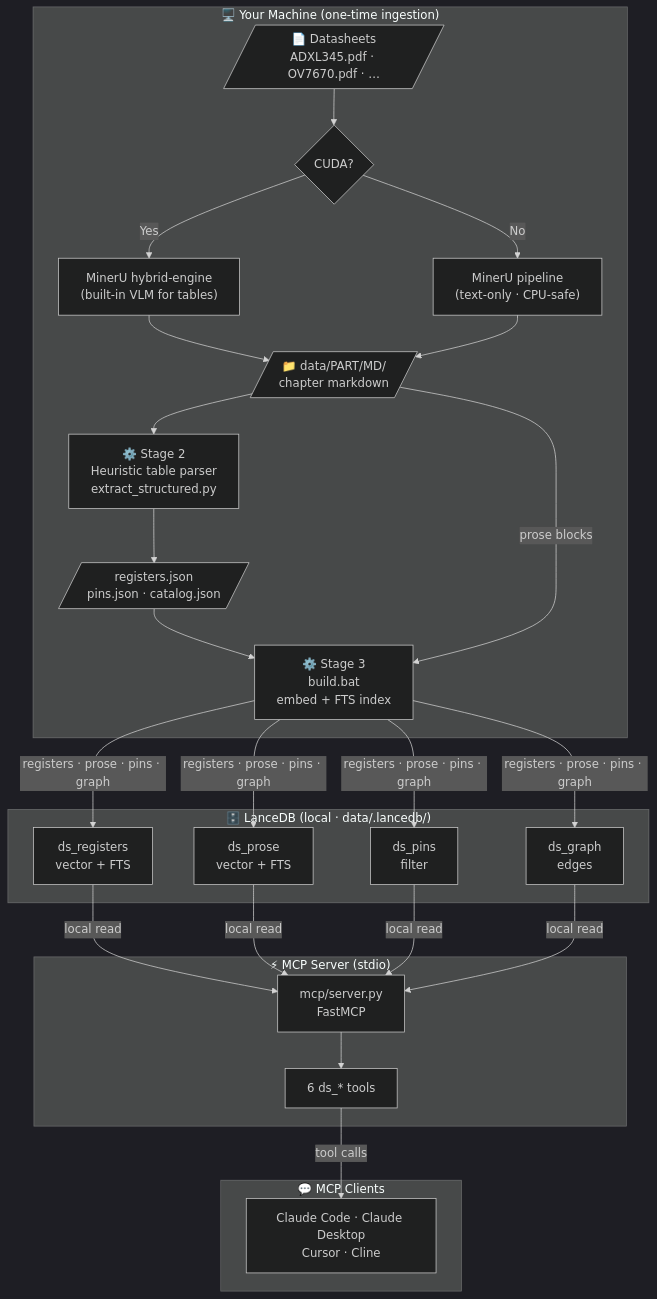
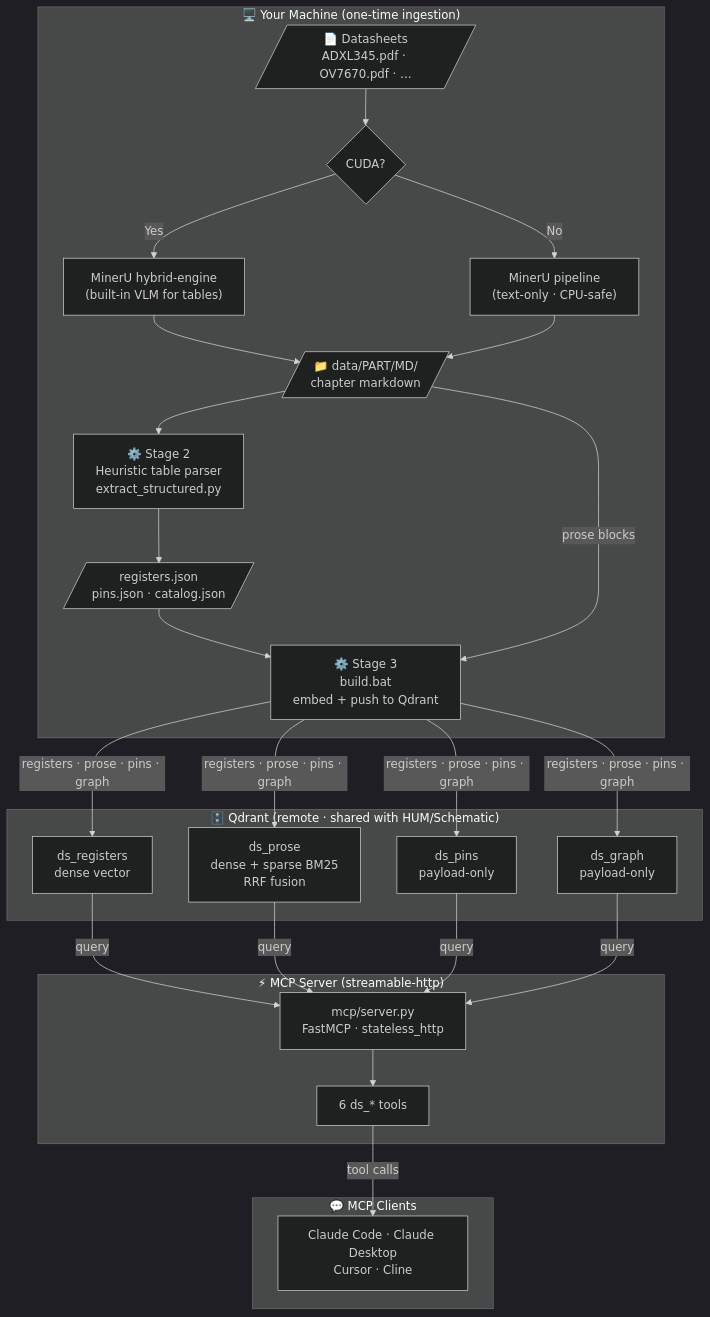
Before and after one commit to hungnguyen1503/datasheet-mcp: the first of 2 diagrams in README.md, drawn with Mermaid (dark theme). The commit also changed other lines of this file and 22 other files, not shown here.

First line of the commit message:
refactor: migrate from LanceDB to Qdrant, add streamable-http, cloudflared deployment

````diff
--- a/README.md
+++ b/README.md
@@ -38,38 +40,38 @@
 ```mermaid
 graph TB
     subgraph Build["🖥️ Your Machine  (one-time ingestion)"]
         PDF[/"📄 Datasheets<br/>ADXL345.pdf · OV7670.pdf · …"/]
         GPU{"CUDA?"}
         S1H["MinerU hybrid-engine<br/>(built-in VLM for tables)"]
         S1P["MinerU pipeline<br/>(text-only · CPU-safe)"]
         MD[/"📁 data/PART/MD/<br/>chapter markdown"/]
         S2["⚙️ Stage 2<br/>Heuristic table parser<br/>extract_structured.py"]
         JSON[/"registers.json<br/>pins.json · catalog.json"/]
-        S3["⚙️ Stage 3<br/>build.bat<br/>embed + FTS index"]
+        S3["⚙️ Stage 3<br/>build.bat<br/>embed + push to Qdrant"]
     end
 
-    subgraph DB["🗄️ LanceDB  (local · data/.lancedb/)"]
-        R["ds_registers<br/>vector + FTS"]
-        P["ds_prose<br/>vector + FTS"]
-        PI["ds_pins<br/>filter"]
-        G["ds_graph<br/>edges"]
+    subgraph DB["🗄️ Qdrant  (remote · shared with HUM/Schematic)"]
+        R["ds_registers<br/>dense vector"]
+        P["ds_prose<br/>dense + sparse BM25<br/>RRF fusion"]
+        PI["ds_pins<br/>payload-only"]
+        G["ds_graph<br/>payload-only"]
     end
 
-    subgraph Server["⚡ MCP Server  (stdio)"]
-        SRV["mcp/server.py<br/>FastMCP"]
+    subgraph Server["⚡ MCP Server  (streamable-http)"]
+        SRV["mcp/server.py<br/>FastMCP · stateless_http"]
         TOOLS["6 ds_* tools"]
     end
 
     subgraph Clients["💬 MCP Clients"]
         CLI["Claude Code · Claude Desktop<br/>Cursor · Cline"]
     end
 
     PDF --> GPU
     GPU -- "Yes" --> S1H --> MD
     GPU -- "No"  --> S1P --> MD
     MD --> S2 --> JSON --> S3
     MD -->|"prose blocks"| S3
     S3 -->|"registers · prose · pins · graph"| R & P & PI & G
-    R & P & PI & G -->|"local read"| SRV
+    R & P & PI & G -->|"query"| SRV
     SRV --> TOOLS -->|"tool calls"| CLI
 ```
````
